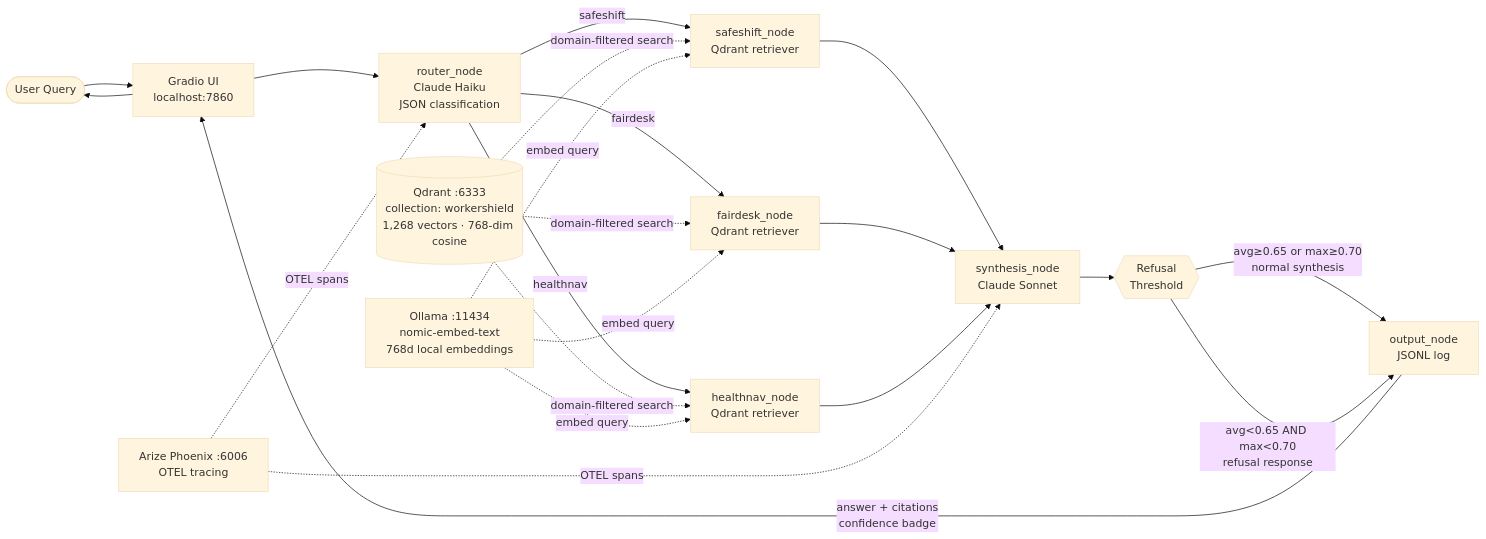
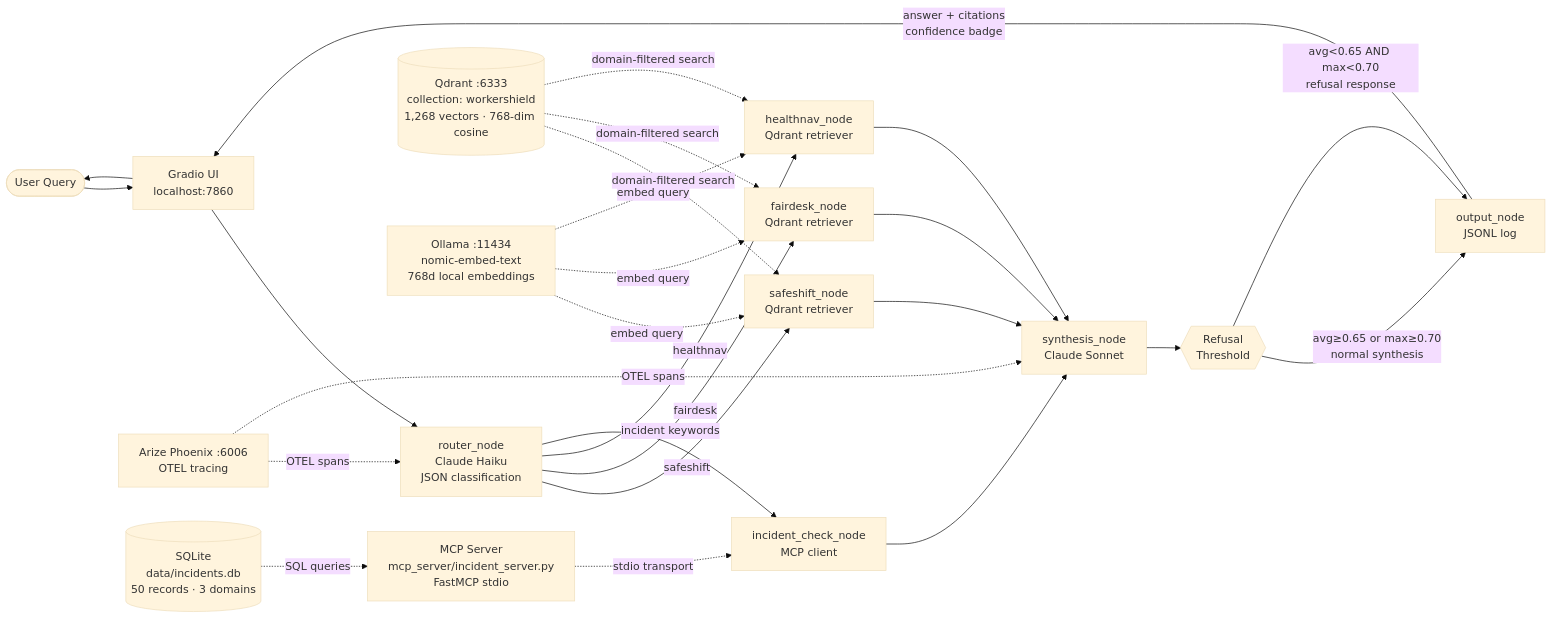
Before and after one commit to rajesh5983/workershield-v1: the first of 6 diagrams in docs/ARCHITECTURE.md, drawn with Mermaid (base theme). The commit also changed other lines of this file and 3 other files, not shown here.

````diff
--- a/docs/ARCHITECTURE.md
+++ b/docs/ARCHITECTURE.md
@@ -13,36 +13,42 @@
 ```mermaid
 flowchart LR
     User(["User Query"])
     UI["Gradio UI\nlocalhost:7860"]
     Router["router_node\nClaude Haiku\nJSON classification"]
     SS["safeshift_node\nQdrant retriever"]
     FD["fairdesk_node\nQdrant retriever"]
     HN["healthnav_node\nQdrant retriever"]
+    IC["incident_check_node\nMCP client"]
     Synth["synthesis_node\nClaude Sonnet"]
     Threshold{{"Refusal\nThreshold"}}
     Out["output_node\nJSONL log"]
     Qdrant[("Qdrant :6333\ncollection: workershield\n1,268 vectors · 768-dim cosine")]
     Ollama["Ollama :11434\nnomic-embed-text\n768d local embeddings"]
     Phoenix["Arize Phoenix :6006\nOTEL tracing"]
+    MCP["MCP Server\nmcp_server/incident_server.py\nFastMCP stdio"]
+    SQLite[("SQLite\ndata/incidents.db\n50 records · 3 domains")]
 
     User --> UI
     UI --> Router
     Router -->|"safeshift"| SS
     Router -->|"fairdesk"| FD
     Router -->|"healthnav"| HN
-    SS & FD & HN --> Synth
+    Router -->|"incident keywords"| IC
+    SS & FD & HN & IC --> Synth
     Synth --> Threshold
     Threshold -->|"avg≥0.65 or max≥0.70\nnormal synthesis"| Out
     Threshold -->|"avg<0.65 AND max<0.70\nrefusal response"| Out
     Out -->|"answer + citations\nconfidence badge"| UI
     UI --> User
 
     Qdrant -.->|domain-filtered search| SS
     Qdrant -.->|domain-filtered search| FD
     Qdrant -.->|domain-filtered search| HN
     Ollama -.->|embed query| SS
     Ollama -.->|embed query| FD
     Ollama -.->|embed query| HN
+    MCP -.->|stdio transport| IC
+    SQLite -.->|SQL queries| MCP
     Phoenix -.->|OTEL spans| Router
     Phoenix -.->|OTEL spans| Synth
 ```
````
